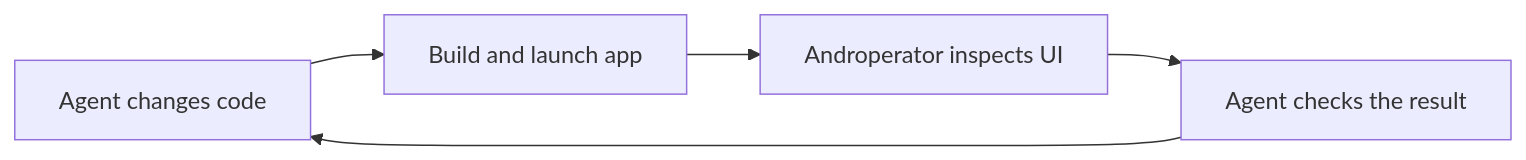
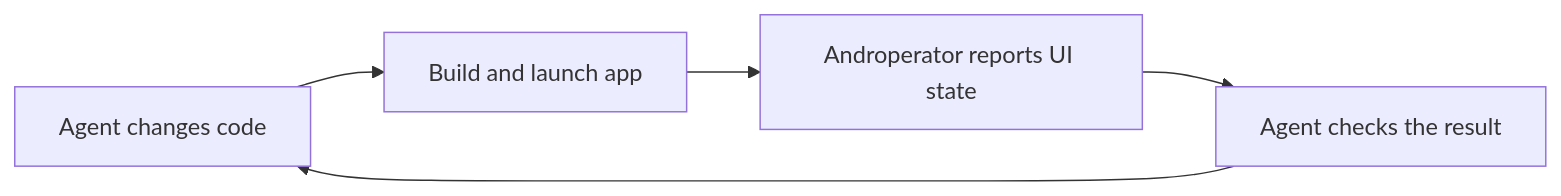
One commit to androperator/androperator changed the first of 3 diagrams in README.md. Above: the diagram before and after it, drawn with Mermaid. The commit also changed other lines of this file and 1 other file, not shown here.

````diff
--- a/README.md
+++ b/README.md
@@ -29,9 +33,9 @@
 ```mermaid
 flowchart LR
     accTitle: Android development feedback loop
     accDescr: The agent changes code, the development tools build and launch the app, and Androperator returns UI evidence for the agent to check.
     A[Agent changes code] --> B[Build and launch app]
-    B --> C[Androperator inspects UI]
+    B --> C[Androperator reports UI state]
     C --> D[Agent checks the result]
     D --> A
 ```
````
